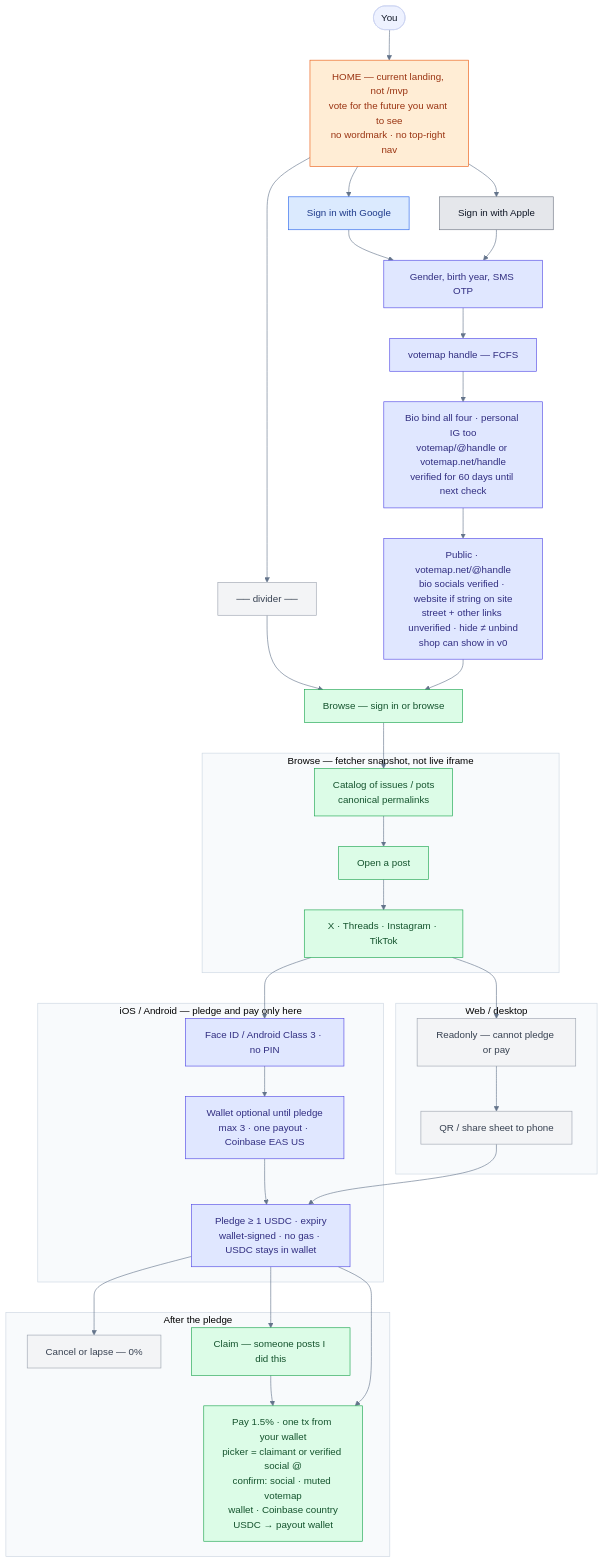
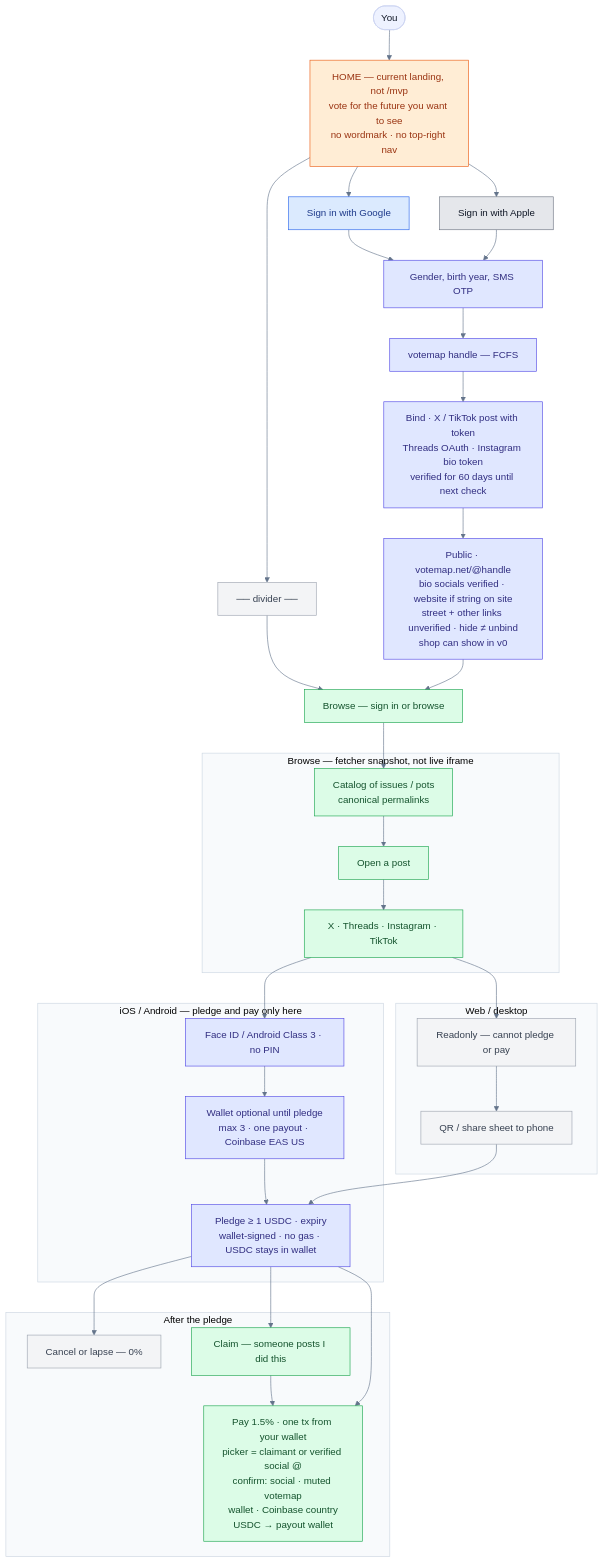
One commit to isaacy13/votemap.net changed the first of 3 diagrams in spec/flows.md. Above: the diagram before and after it, drawn with Mermaid. The commit also changed other lines of this file and 7 other files, not shown here.

First line of the commit message:
spec: hybrid bind (X/TikTok post via oEmbed, Threads OAuth, Instagram bio)

````diff
--- a/spec/flows.md
+++ b/spec/flows.md
@@ -35,67 +35,67 @@
 ```mermaid
 %%{init: {"theme":"base","themeVariables":{"fontFamily":"Inter, system-ui, sans-serif","primaryColor":"#eef2ff","primaryTextColor":"#111827","lineColor":"#64748b","clusterBkg":"#f8fafc","clusterBorder":"#cbd5e1"}}}%%
 flowchart TB
   You([You]) --> Home
   Home["HOME — current landing, not /mvp<br/>vote for the future you want to see<br/>no wordmark · no top-right nav"]
 
   Home --> Google["Sign in with Google"]
   Home --> Apple["Sign in with Apple"]
   Home --> Divider["── divider ──"]
   Divider --> Browse["Browse — sign in or browse"]
 
   Google --> Form["Gender, birth year, SMS OTP"]
   Apple --> Form
   Form --> Handle["votemap handle — FCFS"]
-  Handle --> Bind["Bio bind all four · personal IG too<br/>votemap/@handle or votemap.net/handle<br/>verified for 60 days until next check"]
+  Handle --> Bind["Bind · X / TikTok post with token<br/>Threads OAuth · Instagram bio token<br/>verified for 60 days until next check"]
   Bind --> Page["Public · votemap.net/@handle<br/>bio socials verified · website if string on site<br/>street + other links unverified · hide ≠ unbind<br/>shop can show in v0"]
   Page --> Browse
 
   subgraph browsePage ["Browse — fetcher snapshot, not live iframe"]
     Catalog["Catalog of issues / pots<br/>canonical permalinks"]
     OpenPost["Open a post"]
     URLs["X · Threads · Instagram · TikTok"]
     Catalog --> OpenPost --> URLs
   end
   Browse --> Catalog
 
   subgraph webcol ["Web / desktop"]
     Readonly["Readonly — cannot pledge or pay"]
     QR["QR / share sheet to phone"]
     Readonly --> QR
   end
 
   subgraph phonecol ["iOS / Android — pledge and pay only here"]
     Face["Face ID / Android Class 3 · no PIN"]
     Wallet["Wallet optional until pledge<br/>max 3 · one payout · Coinbase EAS US"]
     Pledge["Pledge ≥ 1 USDC · expiry<br/>wallet-signed · no gas · USDC stays in wallet"]
     Face --> Wallet --> Pledge
   end
 
   URLs --> Readonly
   URLs --> Face
   QR --> Pledge
 
   subgraph after ["After the pledge"]
     Cancel["Cancel or lapse — 0%"]
     Claim["Claim — someone posts I did this"]
     Pay["Pay 1.5% · one tx from your wallet<br/>picker = claimant or verified social @<br/>confirm: social · muted votemap<br/>wallet · Coinbase country<br/>USDC → payout wallet"]
   end
 
   Pledge --> Cancel
   Pledge --> Claim --> Pay
   Pledge --> Pay
 
   classDef home fill:#ffedd5,stroke:#ea580c,color:#9a3412
   classDef google fill:#dbeafe,stroke:#2563eb,color:#1e3a8a
   classDef apple fill:#e5e7eb,stroke:#6b7280,color:#111827
   classDef ok fill:#dcfce7,stroke:#16a34a,color:#14532d
   classDef info fill:#e0e7ff,stroke:#4f46e5,color:#312e81
   classDef grey fill:#f3f4f6,stroke:#9ca3af,color:#374151
   classDef warn fill:#fee2e2,stroke:#dc2626,color:#7f1d1d
   class Home home
   class Google google
   class Apple apple
   class Form,Handle,Bind,Page,Face,Wallet,Pledge info
   class Browse,Catalog,OpenPost,URLs,Claim,Pay ok
   class Readonly,QR,Divider,Cancel grey
 ```
````
